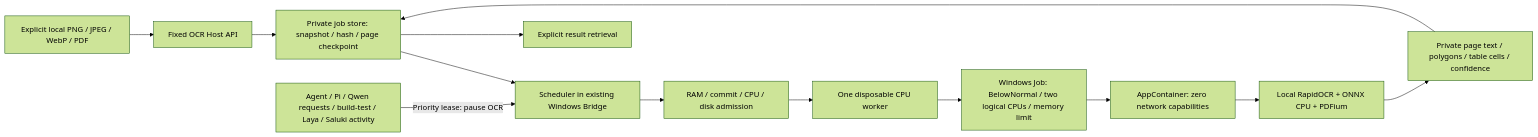
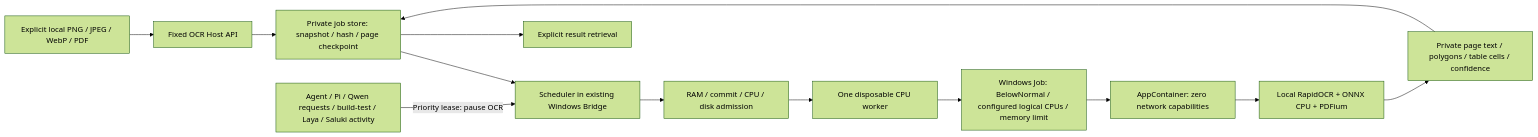
Before and after one commit to ishikawa-moto/LocalLLM_Client: the diagram in LOCAL_OCR.md, drawn with Mermaid (forest theme). The commit also changed other lines of this file and 1 other file, not shown here.

````diff
--- a/LOCAL_OCR.md
+++ b/LOCAL_OCR.md
@@ -7,15 +7,15 @@
 ```mermaid
 flowchart LR
   F[Explicit local PNG / JPEG / WebP / PDF] --> C[Fixed OCR Host API]
   C --> J[Private job store: snapshot / hash / page checkpoint]
   J --> S[Scheduler in existing Windows Bridge]
   P[Agent / Pi / Qwen requests / build-test / Laya / Saluki activity] -->|Priority lease: pause OCR| S
   S --> R[RAM / commit / CPU / disk admission]
   R --> W[One disposable CPU worker]
-  W --> A[Windows Job: BelowNormal / two logical CPUs / memory limit]
+  W --> A[Windows Job: BelowNormal / configured logical CPUs / memory limit]
   A --> N[AppContainer: zero network capabilities]
   N --> O[Local RapidOCR + ONNX CPU + PDFium]
   O --> E[Private page text / polygons / table cells / confidence]
   E --> J
   J --> U[Explicit result retrieval]
 ```
````
